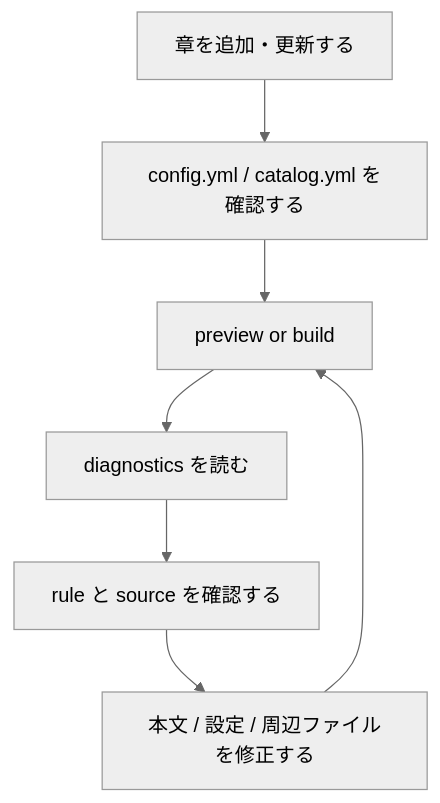
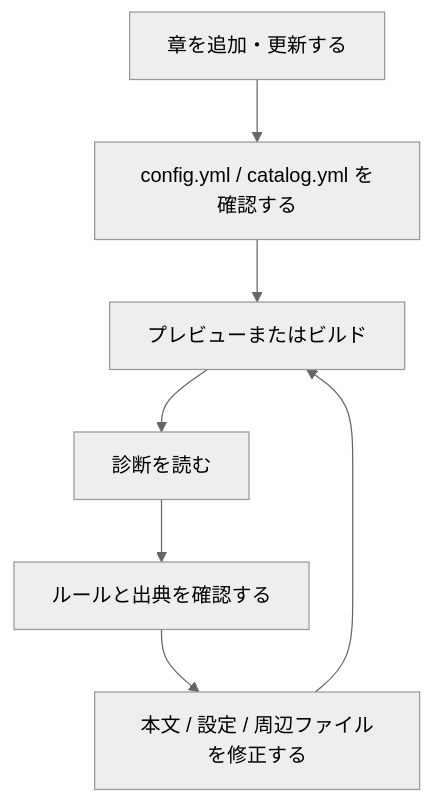
The diagram in src/content/chapters/06-author-workflow.md (irdtechbook/review-author-docs), drawn with Mermaid (neutral theme) before and after one commit. The commit also changed other lines of this file and 13 other files, not shown here.

```diff
--- a/src/content/chapters/06-author-workflow.md
+++ b/src/content/chapters/06-author-workflow.md
@@ -83,9 +83,9 @@
 <div class="mermaid">
 flowchart TD
   A[章を追加・更新する] --> B[config.yml / catalog.yml を確認する]
-  B --> C[preview or build]
-  C --> D[diagnostics を読む]
-  D --> E[rule と source を確認する]
+  B --> C[プレビューまたはビルド]
+  C --> D[診断を読む]
+  D --> E[ルールと出典を確認する]
   E --> F[本文 / 設定 / 周辺ファイルを修正する]
   F --> C
 </div>
```
